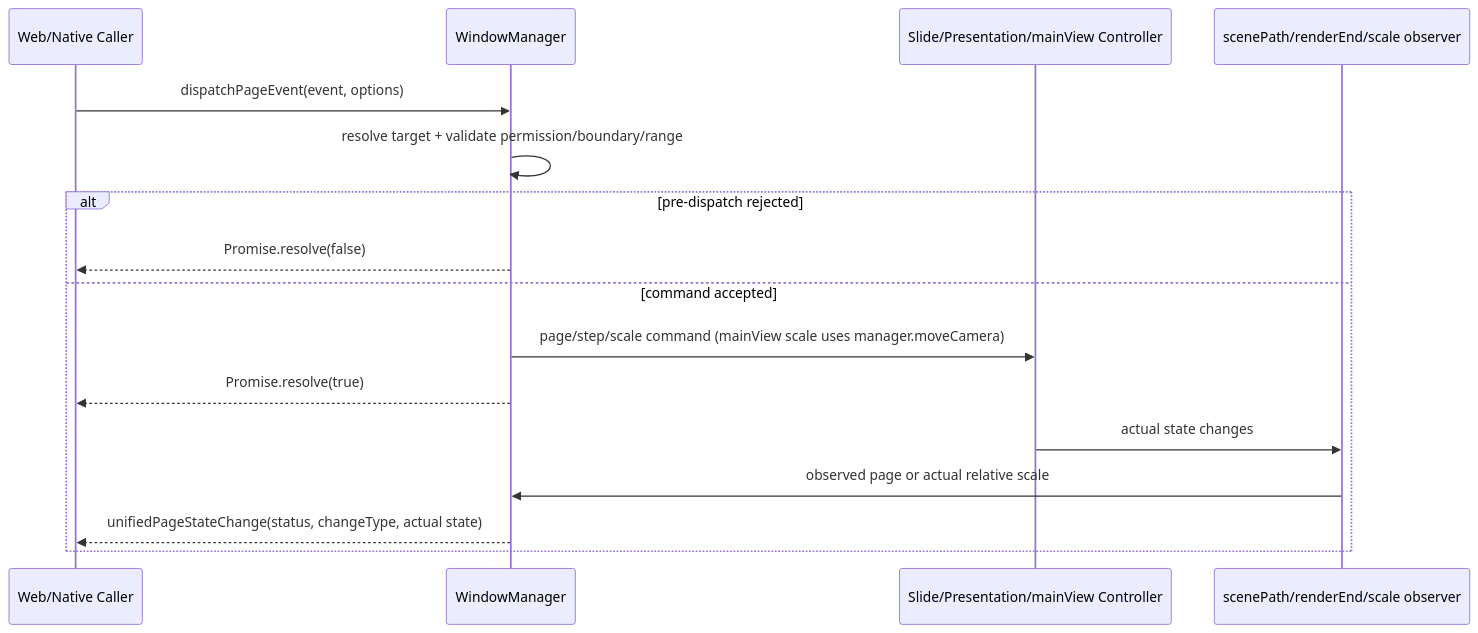
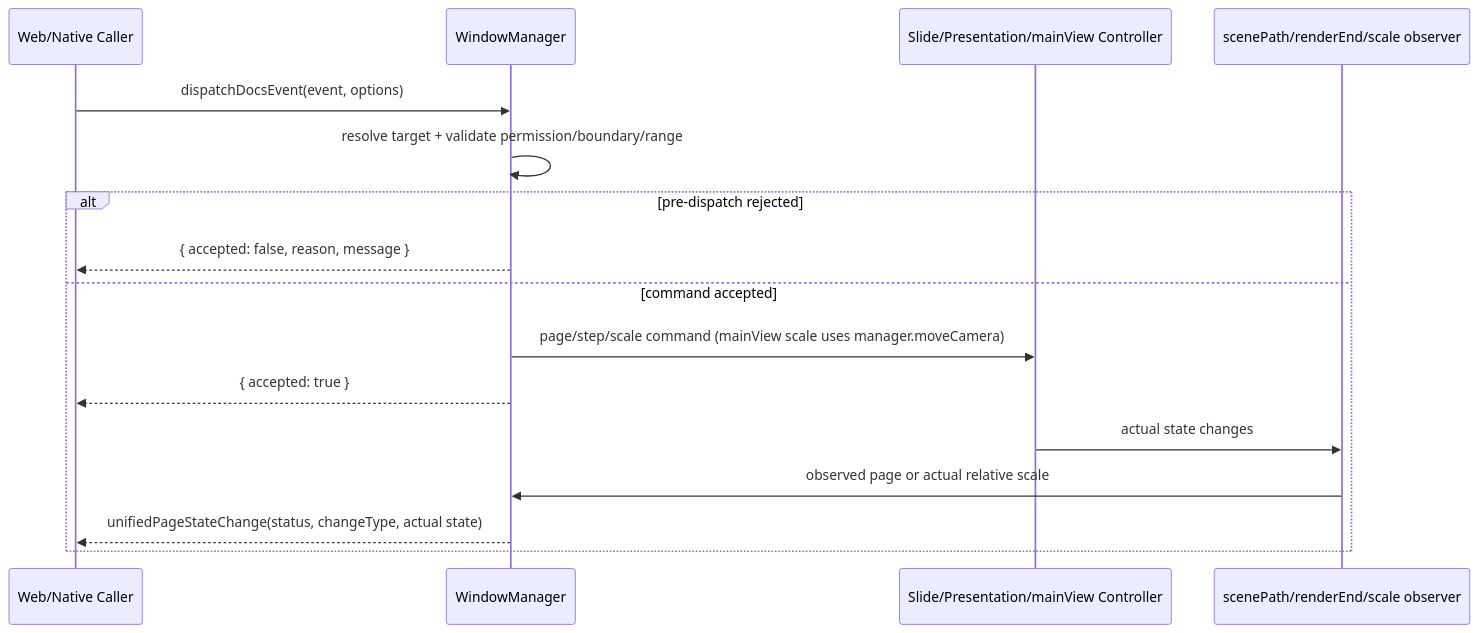
Before and after one commit to netless-io/window-manager: the first of 2 diagrams in docs/cn/WB-440-unified-page-control-design.zh-CN.md, drawn with Mermaid. The commit also changed other lines of this file and 16 other files, not shown here.

````diff
--- a/docs/cn/WB-440-unified-page-control-design.zh-CN.md
+++ b/docs/cn/WB-440-unified-page-control-design.zh-CN.md
@@ -288,18 +312,18 @@
 ```mermaid
 sequenceDiagram
     participant Caller as Web/Native Caller
     participant WM as WindowManager
     participant Controller as Slide/Presentation/mainView Controller
     participant Source as scenePath/renderEnd/scale observer
-    Caller->>WM: dispatchPageEvent(event, options)
+    Caller->>WM: dispatchDocsEvent(event, options)
     WM->>WM: resolve target + validate permission/boundary/range
     alt pre-dispatch rejected
-        WM-->>Caller: Promise.resolve(false)
+        WM-->>Caller: { accepted: false, reason, message }
     else command accepted
     WM->>Controller: page/step/scale command (mainView scale uses manager.moveCamera)
-        WM-->>Caller: Promise.resolve(true)
+        WM-->>Caller: { accepted: true }
         Controller->>Source: actual state changes
         Source->>WM: observed page or actual relative scale
         WM-->>Caller: unifiedPageStateChange(status, changeType, actual state)
     end
 ```
````
